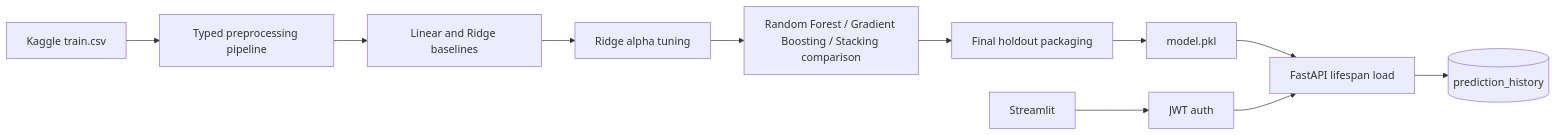
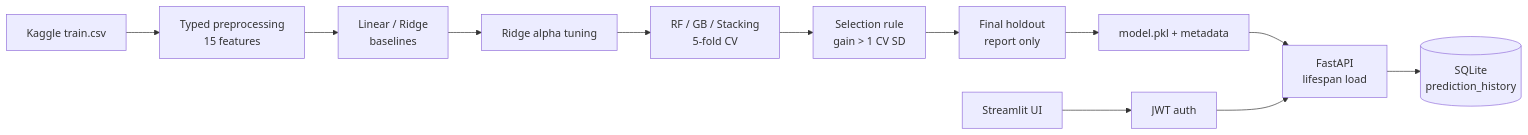
The diagram in Readme.md (ngochoai0810/internship-hoaihuynh-training), drawn with Mermaid before and after one commit. The commit also changed other lines of this file, not shown here.

Commit message:
docs: rewrite README as train-to-serve pipeline case study

````diff
--- a/Readme.md
+++ b/Readme.md
@@ -19,13 +26,14 @@
 ```mermaid
 flowchart LR
-    Kaggle[Kaggle train.csv] --> Preprocess[Typed preprocessing pipeline]
-    Preprocess --> Baseline[Linear and Ridge baselines]
-    Baseline --> Tuning[Ridge alpha tuning]
-    Tuning --> Ensemble[Random Forest / Gradient Boosting / Stacking comparison]
-    Ensemble --> Finalize[Final holdout packaging]
-    Finalize --> Model[model.pkl]
-    Model --> API[FastAPI lifespan load]
-    UI[Streamlit] --> Auth[JWT auth]
-    Auth --> API
-    API --> History[(prediction_history)]
+    A[Kaggle train.csv] --> B[Typed preprocessing<br/>15 features]
+    B --> C[Linear / Ridge<br/>baselines]
+    C --> D[Ridge alpha tuning]
+    D --> E[RF / GB / Stacking<br/>5-fold CV]
+    E --> F[Selection rule<br/>gain > 1 CV SD]
+    F --> G[Final holdout<br/>report only]
+    G --> H[model.pkl + metadata]
+    H --> I[FastAPI<br/>lifespan load]
+    J[Streamlit UI] --> K[JWT auth]
+    K --> I
+    I --> L[(SQLite<br/>prediction_history)]
 ```
````
